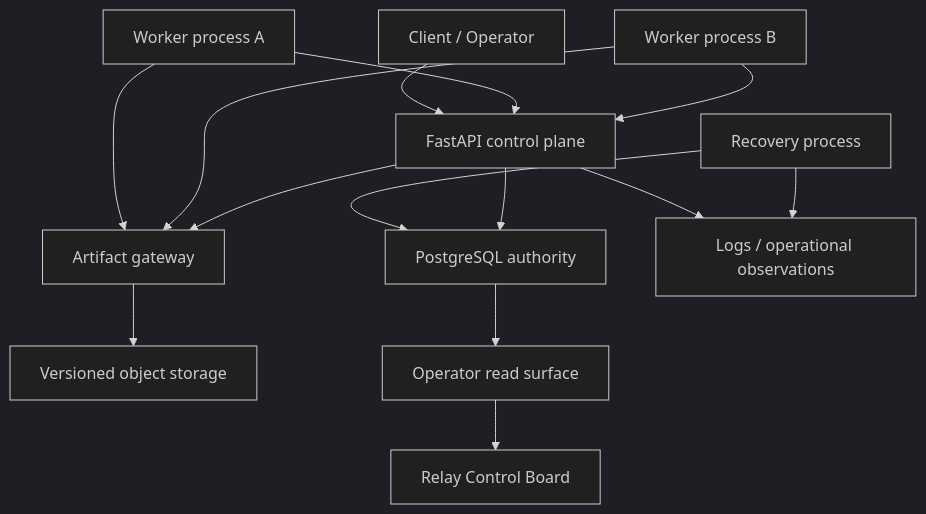
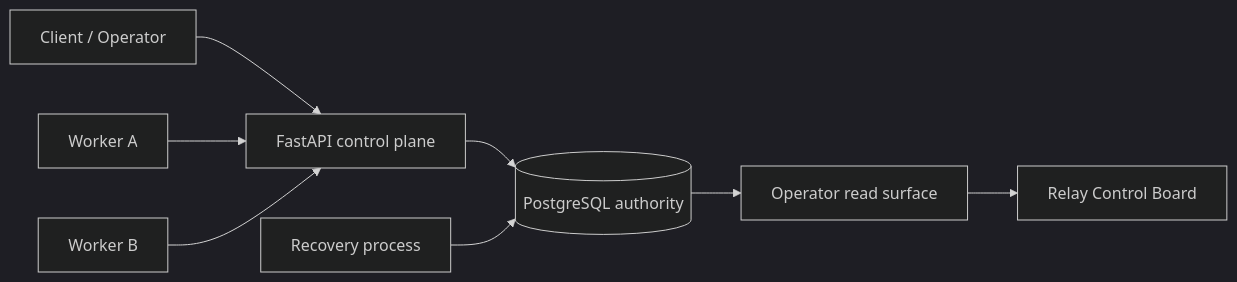
Before and after one commit to ADITHYA-SANJEEVI/relay-contract: the first of 2 diagrams in README.md, drawn with Mermaid (dark theme). The commit also changed other lines of this file, not shown here.

````diff
--- a/README.md
+++ b/README.md
@@ -183,22 +189,13 @@
 ```mermaid
-flowchart TD
+flowchart LR
     C["Client / Operator"] --> API["FastAPI control plane"]
 
-    W1["Worker process A"] --> API
-    W2["Worker process B"] --> API
+    WA["Worker A"] --> API
+    WB["Worker B"] --> API
 
-    REC["Recovery process"] --> DB["PostgreSQL authority"]
-    API --> DB
-
-    W1 --> GW["Artifact gateway"]
-    W2 --> GW
-    API --> GW
-
-    GW --> OBJ["Versioned object storage"]
+    API --> DB[("PostgreSQL authority")]
+    REC["Recovery process"] --> DB
 
     DB --> OP["Operator read surface"]
     OP --> UI["Relay Control Board"]
-
-    API --> OBS["Logs / operational observations"]
-    REC --> OBS
 ```
````
